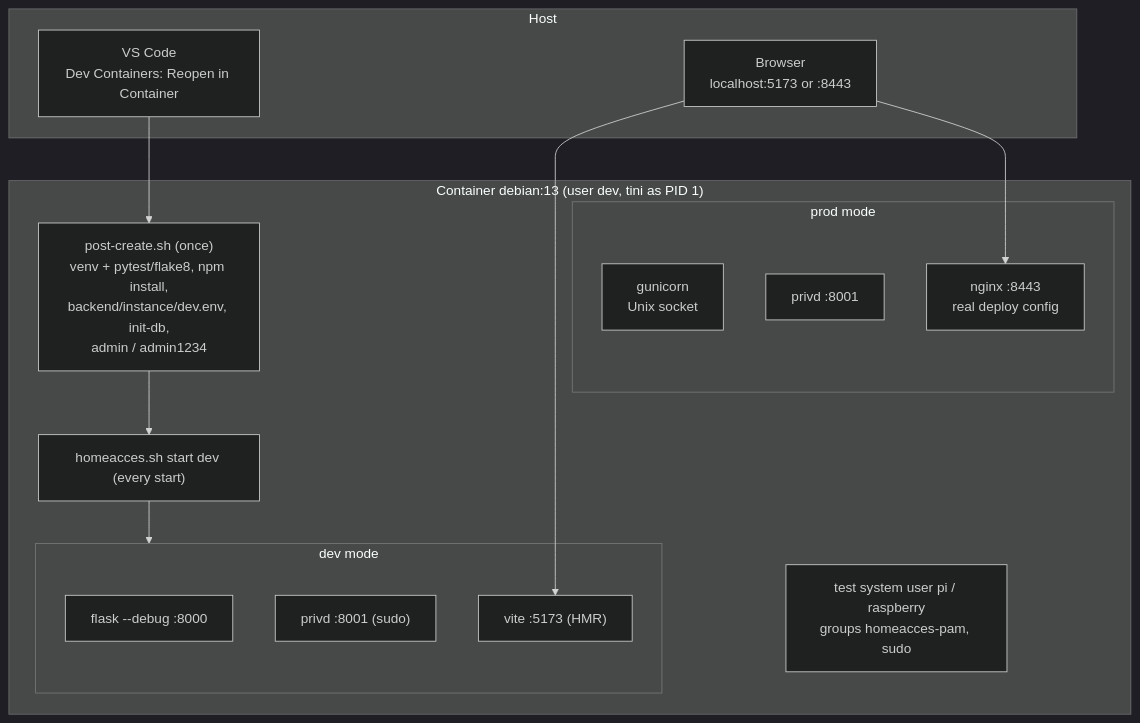
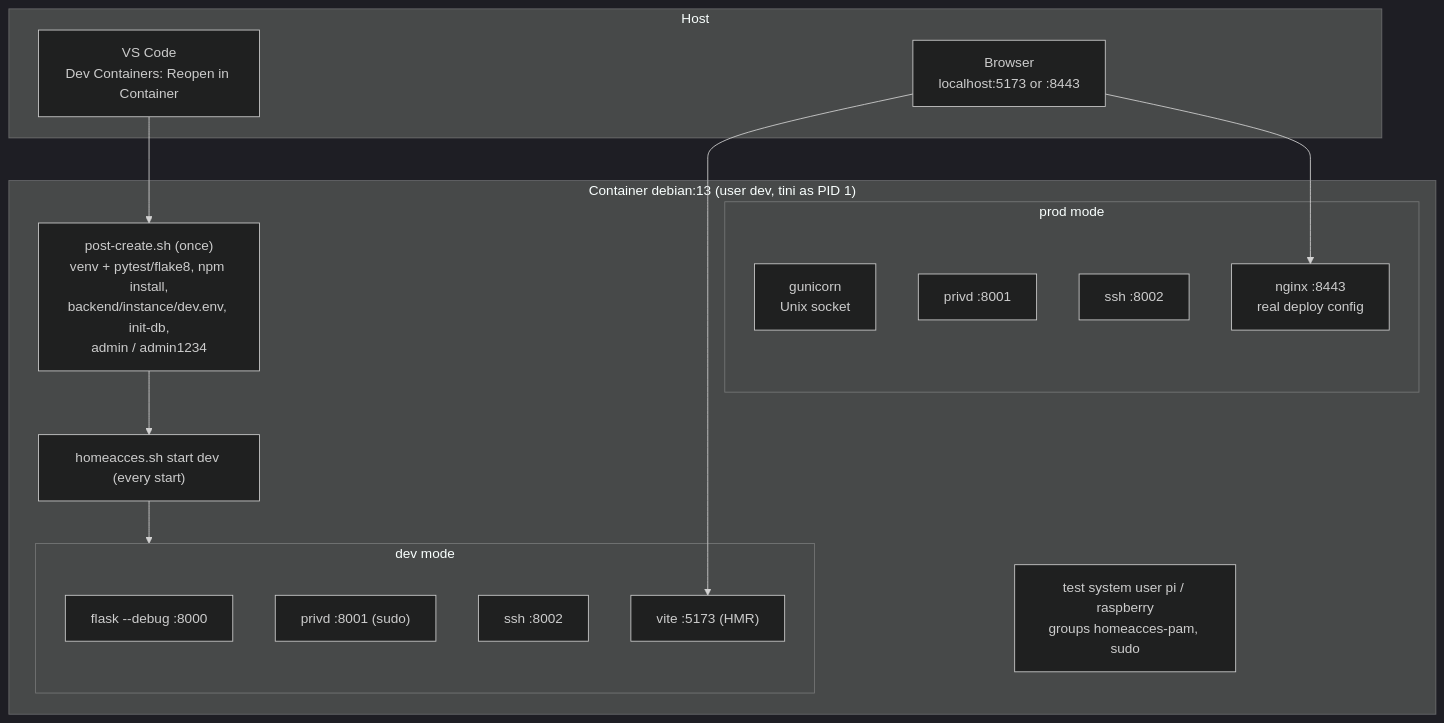
Before and after one commit to juanecito/Home_Access_Web: the sixth of 6 diagrams in doc/06-deployment.md, drawn with Mermaid (dark theme). The commit also changed other lines of this file and 40 other files, not shown here.

````diff
--- a/doc/06-deployment.md
+++ b/doc/06-deployment.md
@@ -294,25 +318,27 @@
 ```mermaid
 flowchart TB
     subgraph Host
         VS["VS Code<br/>Dev Containers: Reopen in Container"]
         BRW["Browser<br/>localhost:5173 or :8443"]
     end
     subgraph Container["Container debian:13 (user dev, tini as PID 1)"]
         PC["post-create.sh (once)<br/>venv + pytest/flake8, npm install,<br/>backend/instance/dev.env, init-db,<br/>admin / admin1234"]
         HS["homeacces.sh start dev (every start)"]
         subgraph devmode["dev mode"]
             F["flask --debug :8000"]
             PR["privd :8001 (sudo)"]
+            SS["ssh :8002"]
             V["vite :5173 (HMR)"]
         end
         subgraph prodmode["prod mode"]
             G["gunicorn<br/>Unix socket"]
             PR2["privd :8001"]
+            SS2["ssh :8002"]
             NX["nginx :8443<br/>real deploy config"]
         end
         PI["test system user pi / raspberry<br/>groups homeacces-pam, sudo"]
     end
     VS --> PC --> HS --> devmode
     BRW --> V
     BRW --> NX
 ```
````
